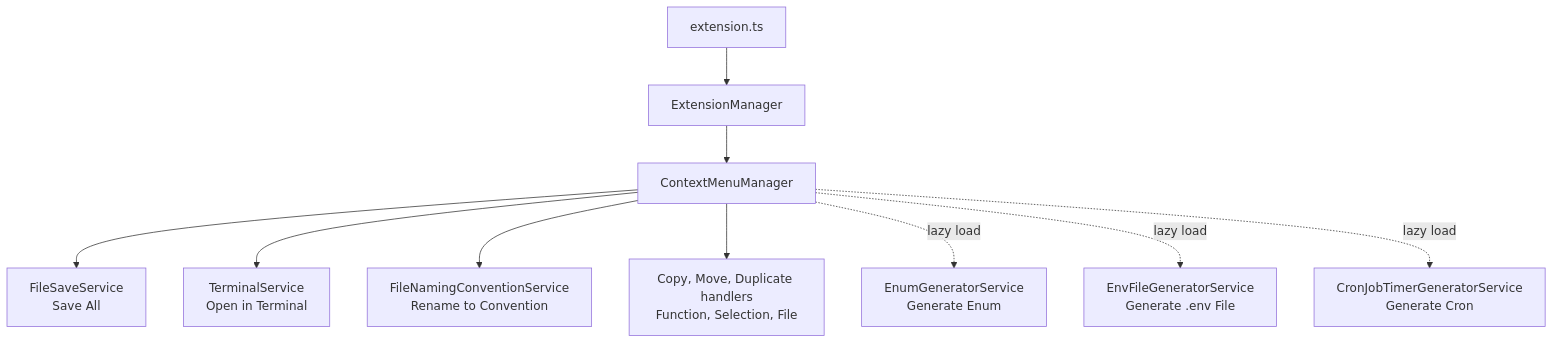
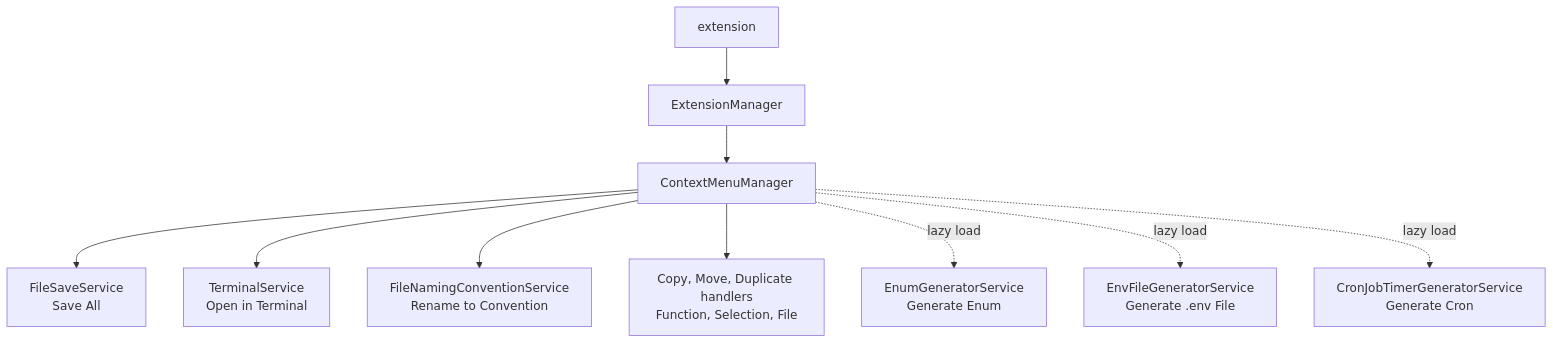
Before and after one commit to Vijay431/additional-context-menus: the first of 2 diagrams in AGENTS.md, drawn with Mermaid. The commit also changed other lines of this file and 2 other files, not shown here.

First line of the commit message:
docs(diagrams): use casual node labels in mermaid diagrams

````diff
--- a/AGENTS.md
+++ b/AGENTS.md
@@ -40,12 +40,12 @@
 ```mermaid
 flowchart TD
-    A["extension.ts"] --> B["ExtensionManager"]
+    A["extension"] --> B["ExtensionManager"]
     B --> C["ContextMenuManager"]
     C --> D["FileSaveService\nSave All"]
     C --> E["TerminalService\nOpen in Terminal"]
     C --> F["FileNamingConventionService\nRename to Convention"]
     C --> G["Copy, Move, Duplicate handlers\nFunction, Selection, File"]
     C -.->|"lazy load"| H["EnumGeneratorService\nGenerate Enum"]
     C -.->|"lazy load"| I["EnvFileGeneratorService\nGenerate .env File"]
     C -.->|"lazy load"| J["CronJobTimerGeneratorService\nGenerate Cron"]
 ```
````
